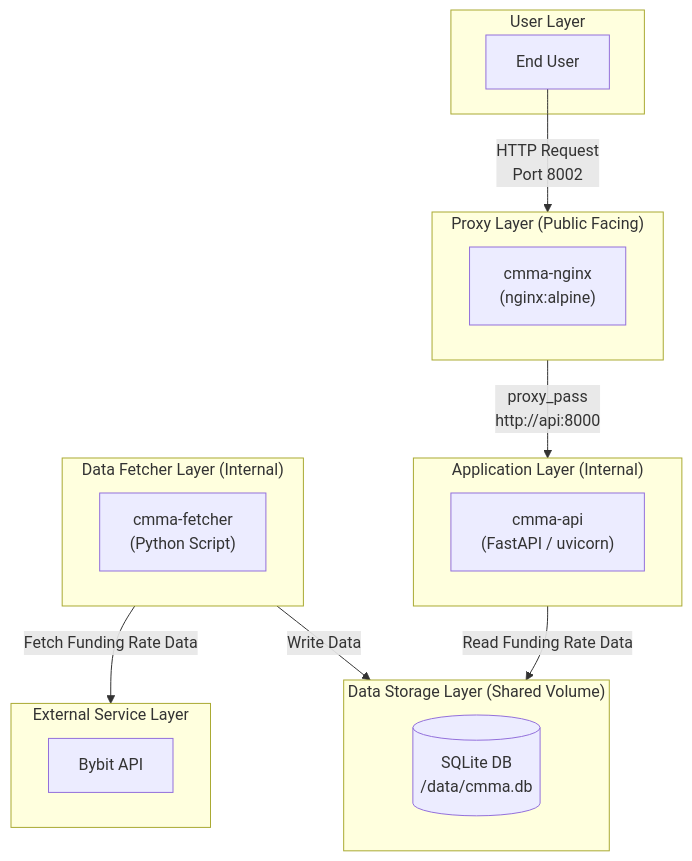
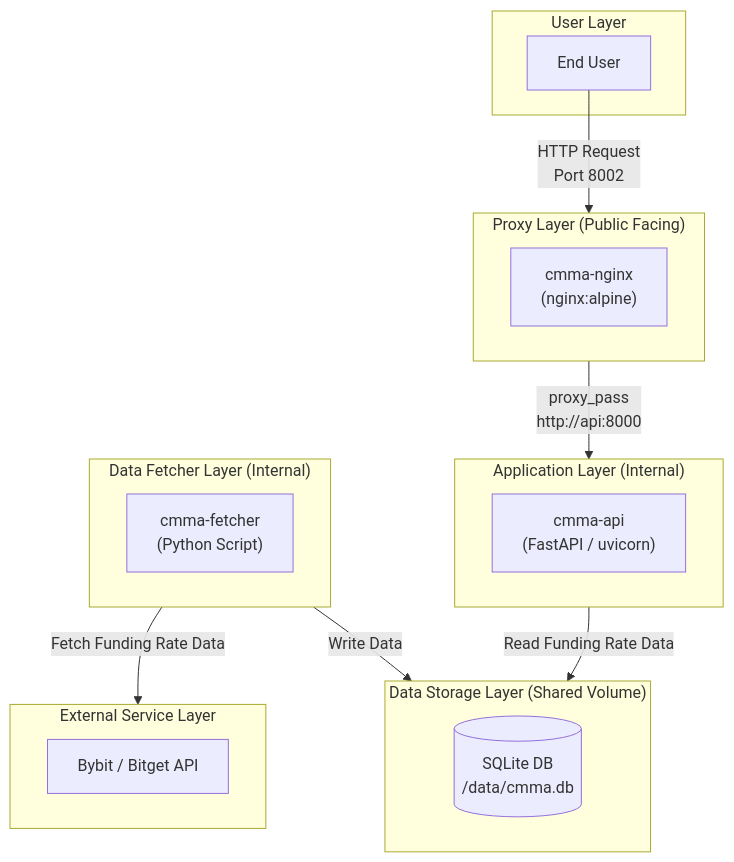
One commit to deg-labs/funding-cmma changed the diagram in README.md. Above: the diagram before and after it, drawn with Mermaid. The commit also changed other lines of this file and 6 other files, not shown here.

````diff
--- a/README.md
+++ b/README.md
@@ -300,38 +312,38 @@
 ```mermaid
 graph TD
     subgraph "User Layer"
         User["End User"]
     end
 
     subgraph "Proxy Layer (Public Facing)"
         direction LR
         Nginx["cmma-nginx <br> (nginx:alpine)"]
     end
 
     subgraph "Application Layer (Internal)"
         direction LR
         API["cmma-api <br> (FastAPI / uvicorn)"]
     end
 
     subgraph "Data Fetcher Layer (Internal)"
          direction LR
         Fetcher["cmma-fetcher <br> (Python Script)"]
     end
 
     subgraph "Data Storage Layer (Shared Volume)"
          direction LR
         DB[("SQLite DB <br> /data/cmma.db")]
     end
 
     subgraph "External Service Layer"
          direction LR
-        Bybit["Bybit API"]
+        Exchange["Bybit / Bitget API"]
     end
 
     %% Data Flow
     User -- "HTTP Request <br> Port 8002" --> Nginx
     Nginx -- "proxy_pass <br> http://api:8000" --> API
     API -- "Read Funding Rate Data" --> DB
-    Fetcher -- "Fetch Funding Rate Data" --> Bybit
+    Fetcher -- "Fetch Funding Rate Data" --> Exchange
     Fetcher -- "Write Data" --> DB
 ```
````
